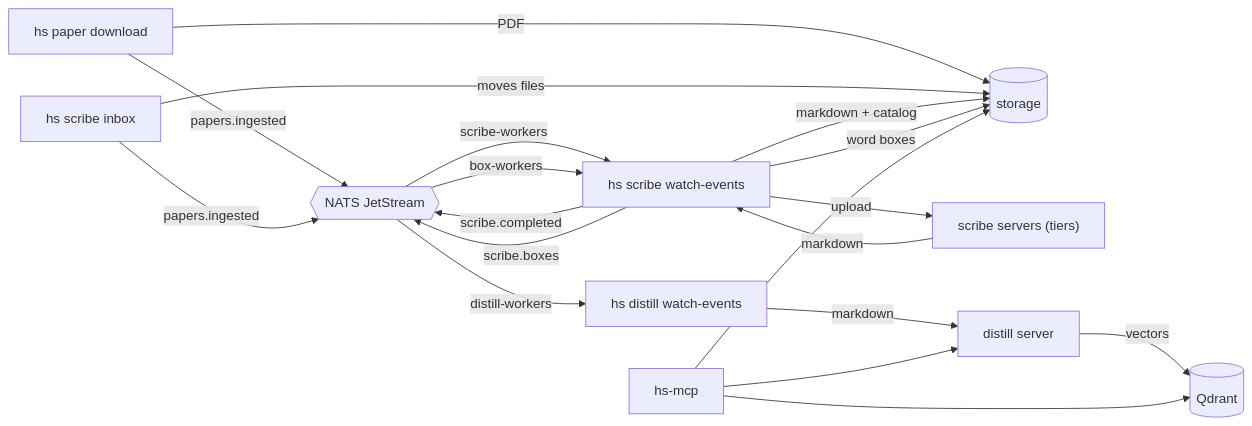
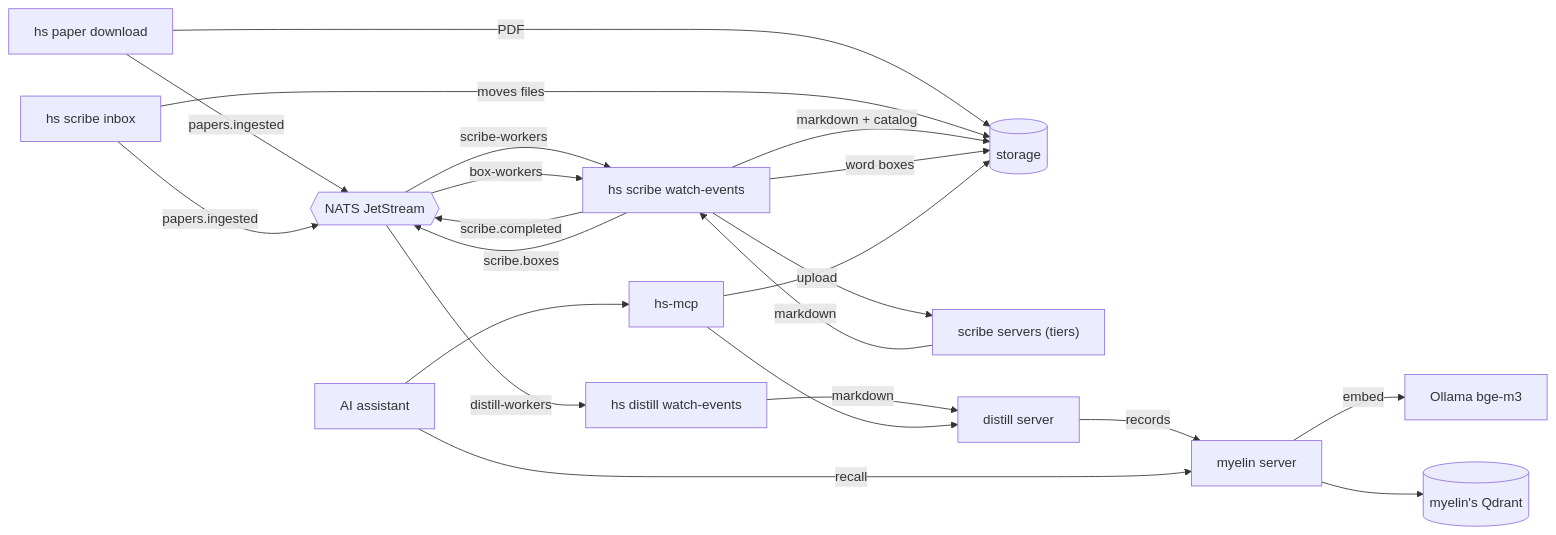
One commit to home-still/home changed the diagram in docs/explanation/architecture.md. Above: the diagram before and after it, drawn with Mermaid. The commit also changed other lines of this file and 18 other files, not shown here.

First line of the commit message:
docs: myelin stores, the two MCP servers, and the cutover steps

````diff
--- a/docs/explanation/architecture.md
+++ b/docs/explanation/architecture.md
@@ -10,21 +10,24 @@
 ```mermaid
 flowchart LR
     dl["hs paper download"] -->|PDF| st[(storage)]
     inbox["hs scribe inbox"] -->|moves files| st
     dl -->|papers.ingested| bus{{NATS JetStream}}
     inbox -->|papers.ingested| bus
     bus -->|scribe-workers| sw["hs scribe watch-events"]
     sw -->|upload| scribe["scribe servers (tiers)"]
     scribe -->|markdown| sw
     sw -->|markdown + catalog| st
     sw -->|scribe.completed| bus
     sw -->|scribe.boxes| bus
     bus -->|box-workers| sw
     sw -->|word boxes| st
     bus -->|distill-workers| dw["hs distill watch-events"]
     dw -->|markdown| distill["distill server"]
-    distill -->|vectors| qd[(Qdrant)]
-    mcp["hs-mcp"] --> st
+    distill -->|records| my["myelin server"]
+    my -->|embed| ol["Ollama bge-m3"]
+    my --> qd[(myelin's Qdrant)]
+    agent["AI assistant"] -->|recall| my
+    agent --> mcp["hs-mcp"]
+    mcp --> st
     mcp --> distill
-    mcp --> qd
 ```
````
